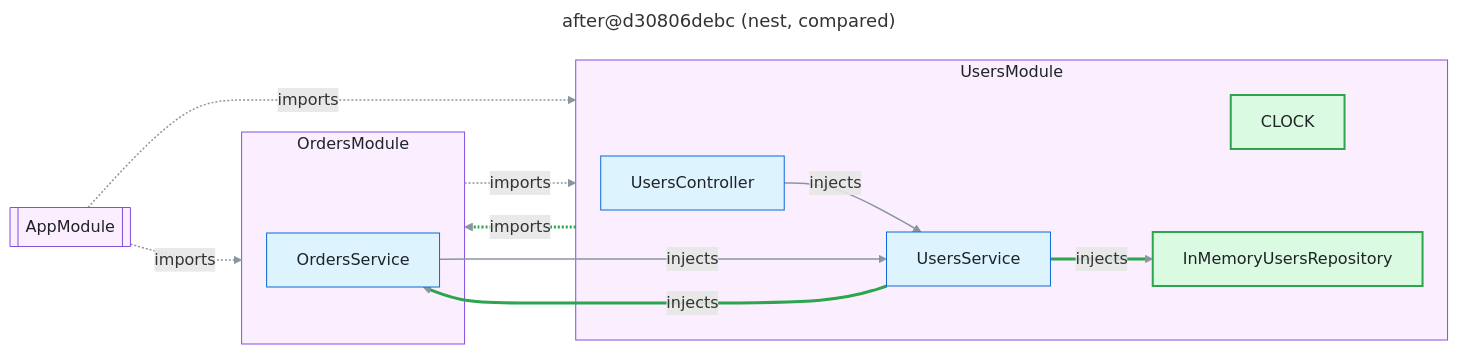
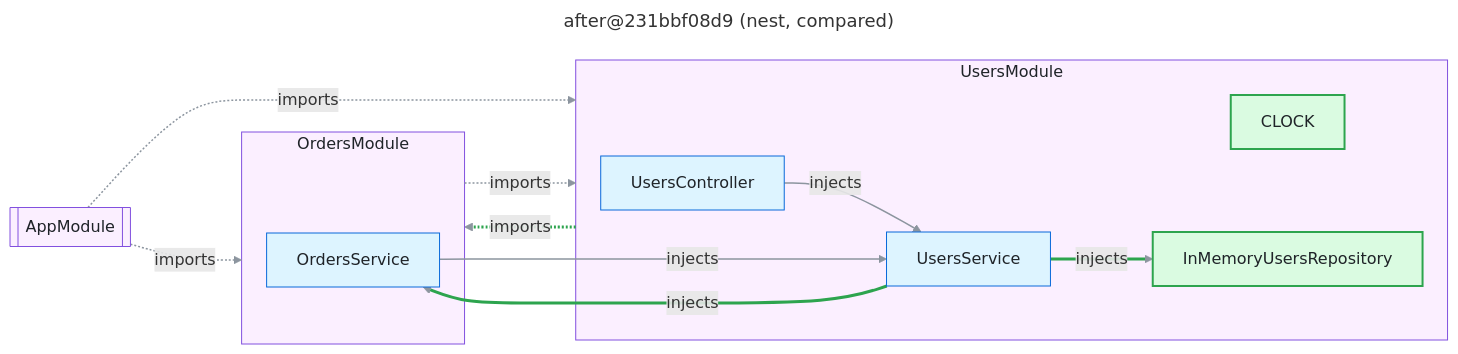
Before and after one commit to FullFran/archsieve: the diagram in examples/nest-shop/nest-compare.mmd, drawn with Mermaid. The commit also changed 12 other files, not shown here.

```diff
--- a/examples/nest-shop/nest-compare.mmd
+++ b/examples/nest-shop/nest-compare.mmd
@@ -1,33 +1,33 @@
 ---
-title: after@d30806debc (nest, compared)
+title: after@231bbf08d9 (nest, compared)
 ---
 flowchart LR
   n1[["AppModule"]]:::module
   subgraph n2["OrdersModule"]
     n4["OrdersService"]:::code
   end
   style n2 fill:#fbefff,stroke:#8250df,color:#1f2328
   subgraph n3["UsersModule"]
     n0["UsersController"]:::code
     n5["CLOCK"]:::added
     n6["InMemoryUsersRepository"]:::added
     n7["UsersService"]:::code
   end
   style n3 fill:#fbefff,stroke:#8250df,color:#1f2328
   n0 -->|"injects"| n7
   n1 -.->|"imports"| n2
   n1 -.->|"imports"| n3
   n2 -.->|"imports"| n3
   n3 -.->|"imports"| n2
   n4 -->|"injects"| n7
   n7 -->|"injects"| n4
   n7 -->|"injects"| n6
   linkStyle default stroke:#8c959f,stroke-width:1.5px
   linkStyle 4 stroke:#2da44e,stroke-width:3px
   linkStyle 6 stroke:#2da44e,stroke-width:3px
   linkStyle 7 stroke:#2da44e,stroke-width:3px
   classDef code fill:#ddf4ff,stroke:#0969da,color:#1f2328
   classDef external fill:#fff8c5,stroke:#9a6700,color:#1f2328
   classDef module fill:#fbefff,stroke:#8250df,color:#1f2328
   classDef added fill:#dafbe1,stroke:#2da44e,stroke-width:2px,color:#1f2328
   classDef removed fill:#ffebe9,stroke:#cf222e,stroke-dasharray:4 3,color:#1f2328
```
